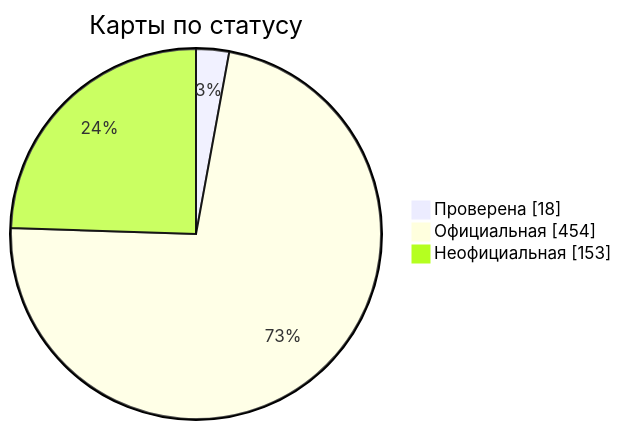
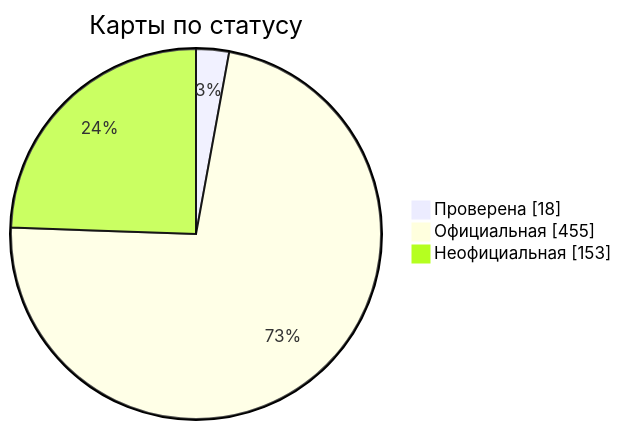
The diagram in docs/readme/README_RU.md (nobrega8/mbmap-library), drawn with Mermaid before and after one commit. The commit also changed 6 other files, not shown here.

````diff
--- a/docs/readme/README_RU.md
+++ b/docs/readme/README_RU.md
@@ -54,7 +54,7 @@
 ```mermaid
 pie showData
     title Карты по статусу
     "Проверена" : 18
-    "Официальная" : 454
+    "Официальная" : 455
     "Неофициальная" : 153
 ```
````
